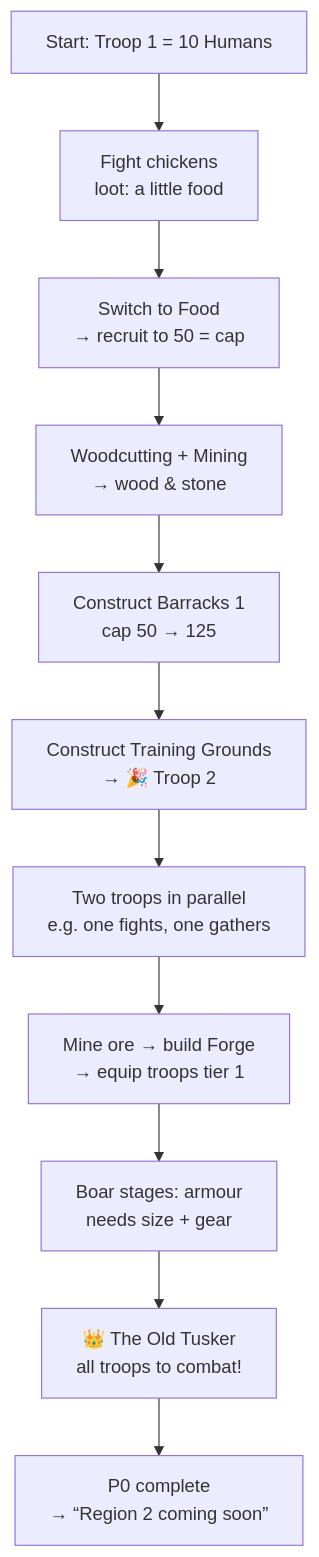
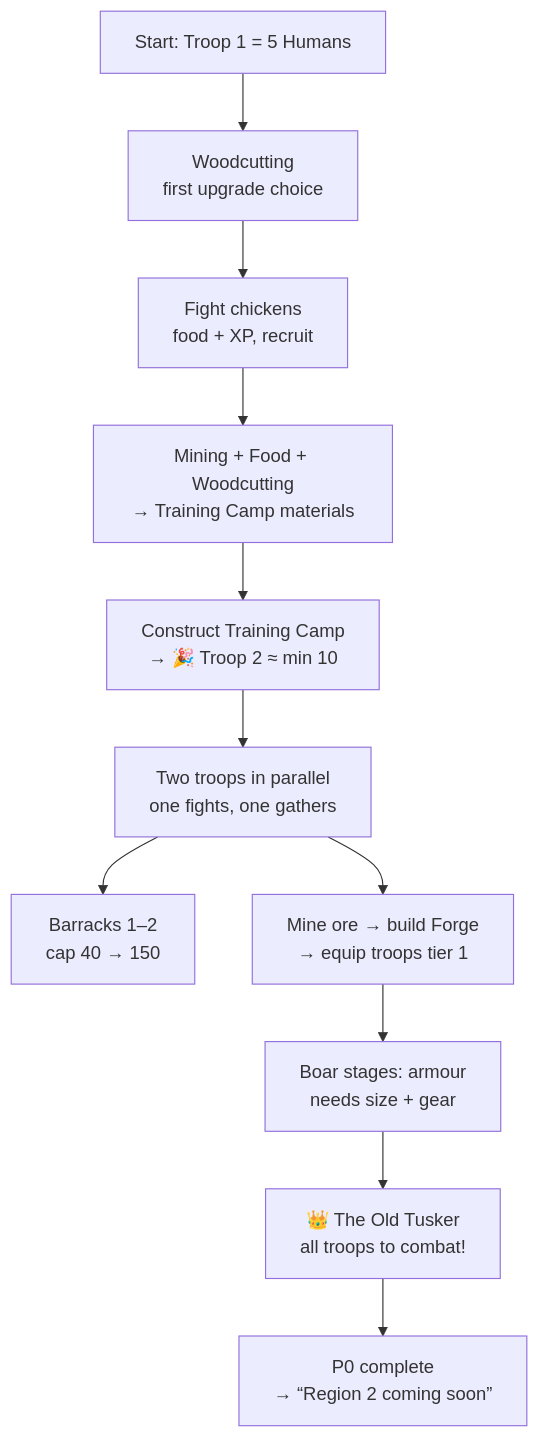
One commit to Ryngmarks/Idle-RPG- changed the diagram in docs/ROADMAP.md. Above: the diagram before and after it, drawn with Mermaid. The commit also changed other lines of this file and 6 other files, not shown here.

````diff
--- a/docs/ROADMAP.md
+++ b/docs/ROADMAP.md
@@ -60,13 +63,13 @@
 ```mermaid
 flowchart TD
-    S[Start: Troop 1 = 10 Humans] --> C1[Fight chickens<br/>loot: a little food]
-    C1 --> F[Switch to Food<br/>→ recruit to 50 = cap]
-    F --> WS[Woodcutting + Mining<br/>→ wood & stone]
-    WS --> B1[Construct Barracks 1<br/>cap 50 → 125]
-    B1 --> TG[Construct Training Grounds<br/>→ 🎉 Troop 2]
-    TG --> PAR[Two troops in parallel<br/>e.g. one fights, one gathers]
+    S[Start: Troop 1 = 5 Humans] --> W[Woodcutting<br/>first upgrade choice]
+    W --> C1[Fight chickens<br/>food + XP, recruit]
+    C1 --> WS[Mining + Food + Woodcutting<br/>→ Training Camp materials]
+    WS --> TG[Construct Training Camp<br/>→ 🎉 Troop 2 ≈ min 10]
+    TG --> PAR[Two troops in parallel<br/>one fights, one gathers]
+    PAR --> B1[Barracks 1–2<br/>cap 40 → 150]
     PAR --> FG[Mine ore → build Forge<br/>→ equip troops tier 1]
     FG --> BOAR[Boar stages: armour<br/>needs size + gear]
     BOAR --> BOSS[👑 The Old Tusker<br/>all troops to combat!]
     BOSS --> END[P0 complete<br/>→ “Region 2 coming soon”]
 ```
````
